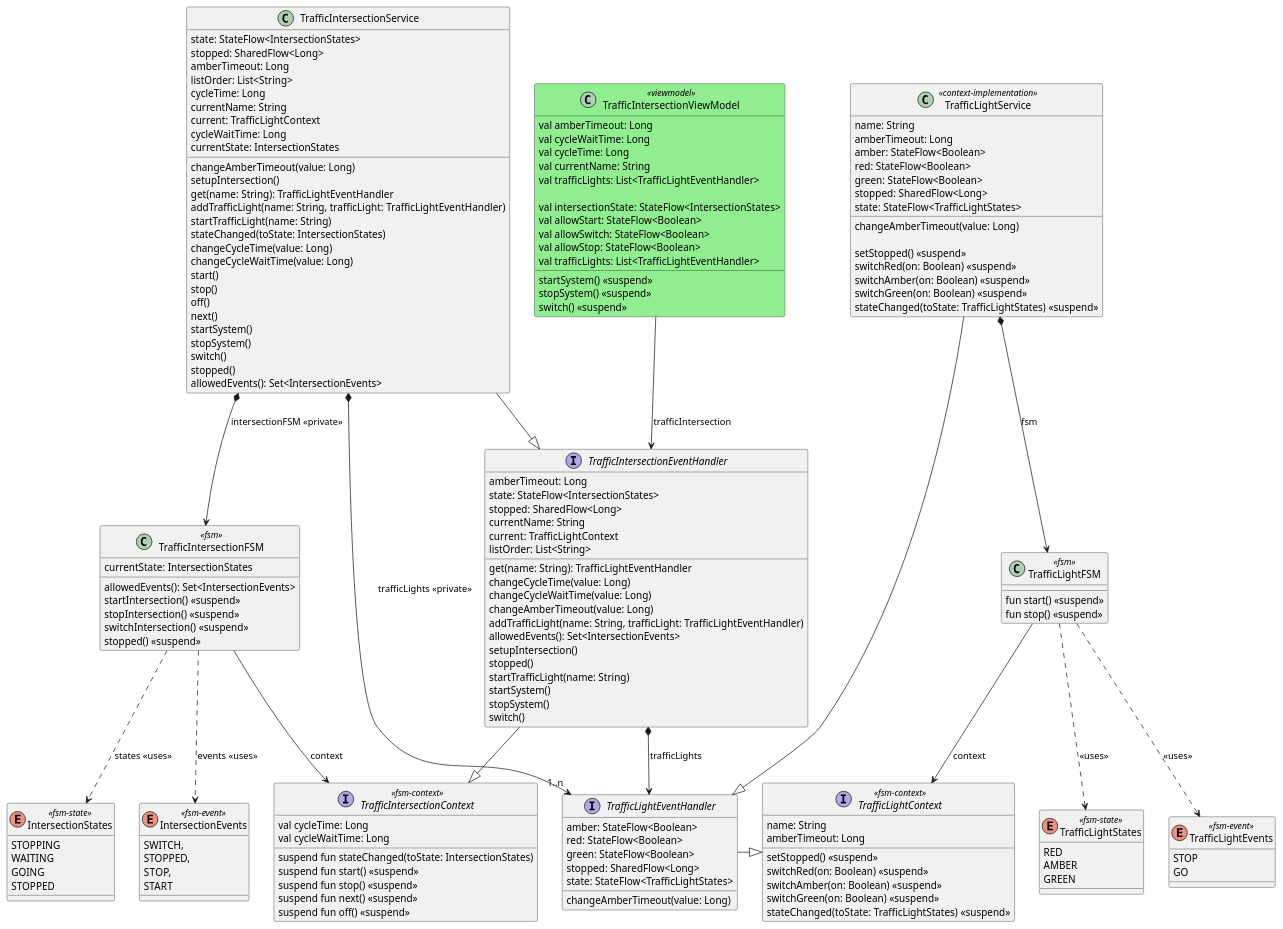
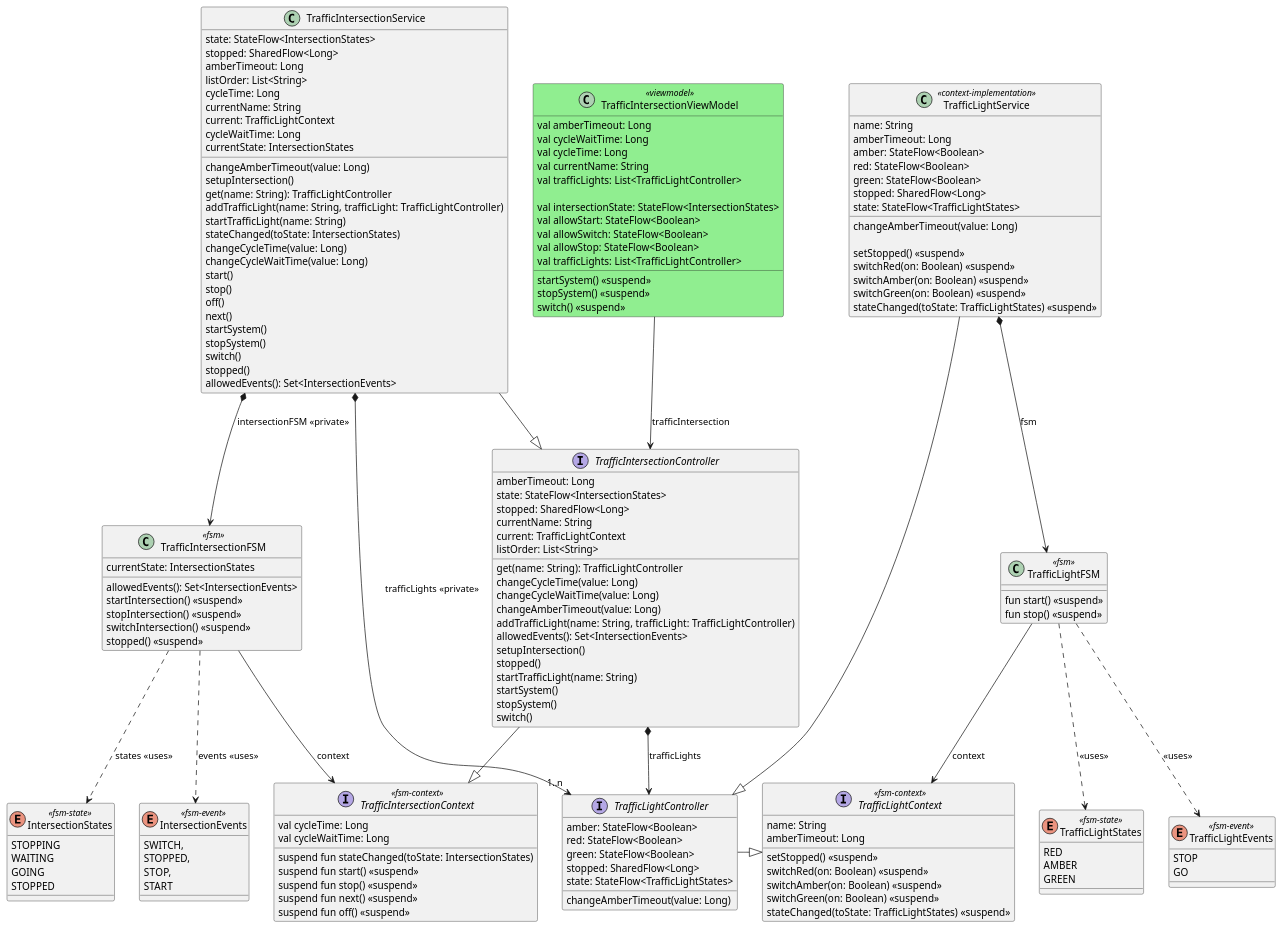
One commit to open-jumpco/kfsm-mpp-compose-traffic changed the diagram in models/traffic-intersection-complete.puml. Above: the diagram before and after it, drawn with PlantUML. The commit also changed 11 other files, not shown here.

```diff
--- a/models/traffic-intersection-complete.puml
+++ b/models/traffic-intersection-complete.puml
@@ -1,177 +1,177 @@
 @startuml
 
 enum TrafficLightStates <<fsm-state>> {
     RED
     AMBER
     GREEN
 }
 
 enum TrafficLightEvents <<fsm-event>> {
     STOP
     GO
 }
 interface TrafficLightContext <<fsm-context>> {
     name: String
     amberTimeout: Long
     setStopped() <<suspend>>
     switchRed(on: Boolean) <<suspend>>
     switchAmber(on: Boolean) <<suspend>>
     switchGreen(on: Boolean) <<suspend>>
     stateChanged(toState: TrafficLightStates) <<suspend>>
 }
 
-interface TrafficLightEventHandler {
+interface TrafficLightController {
     amber: StateFlow<Boolean>
     red: StateFlow<Boolean>
     green: StateFlow<Boolean>
     stopped: SharedFlow<Long>
     state: StateFlow<TrafficLightStates>
     changeAmberTimeout(value: Long)
 }
-TrafficLightEventHandler -|> TrafficLightContext
+TrafficLightController -|> TrafficLightContext
 
 class TrafficLightFSM <<fsm>> {
     fun start() <<suspend>>
     fun stop() <<suspend>>
 }
 
 TrafficLightFSM ..> TrafficLightStates: <<uses>>
 TrafficLightFSM ..> TrafficLightEvents: <<uses>>
 TrafficLightFSM --> TrafficLightContext: context
 
 class TrafficLightService <<context-implementation>> {
     name: String
     amberTimeout: Long
     amber: StateFlow<Boolean>
     red: StateFlow<Boolean>
     green: StateFlow<Boolean>
     stopped: SharedFlow<Long>
     state: StateFlow<TrafficLightStates>
     changeAmberTimeout(value: Long)
 
     setStopped() <<suspend>>
     switchRed(on: Boolean) <<suspend>>
     switchAmber(on: Boolean) <<suspend>>
     switchGreen(on: Boolean) <<suspend>>
     stateChanged(toState: TrafficLightStates) <<suspend>>
 }
 
-TrafficLightService --|> TrafficLightEventHandler
+TrafficLightService --|> TrafficLightController
 TrafficLightService *--> TrafficLightFSM: fsm
 
 
 enum IntersectionStates <<fsm-state>> {
     STOPPING
     WAITING
     GOING
     STOPPED
 }
 
 enum IntersectionEvents <<fsm-event>> {
     SWITCH,
     STOPPED,
     STOP,
     START
 }
 
 interface TrafficIntersectionContext <<fsm-context>> {
     val cycleTime: Long
     val cycleWaitTime: Long
     suspend fun stateChanged(toState: IntersectionStates)
     suspend fun start() <<suspend>>
     suspend fun stop() <<suspend>>
     suspend fun next() <<suspend>>
     suspend fun off() <<suspend>>
 }
 
 class TrafficIntersectionFSM <<fsm>> {
     currentState: IntersectionStates
     allowedEvents(): Set<IntersectionEvents>
     startIntersection() <<suspend>>
     stopIntersection() <<suspend>>
     switchIntersection() <<suspend>>
     stopped() <<suspend>>
 }
 
 TrafficIntersectionFSM --> TrafficIntersectionContext: context
 TrafficIntersectionFSM ..> IntersectionEvents: events <<uses>>
 TrafficIntersectionFSM ..> IntersectionStates: states <<uses>>
 
-interface TrafficIntersectionEventHandler {
+interface TrafficIntersectionController {
     amberTimeout: Long
     state: StateFlow<IntersectionStates>
     stopped: SharedFlow<Long>
     currentName: String
     current: TrafficLightContext
     listOrder: List<String>
-    get(name: String): TrafficLightEventHandler
+    get(name: String): TrafficLightController
     changeCycleTime(value: Long)
     changeCycleWaitTime(value: Long)
     changeAmberTimeout(value: Long)
-    addTrafficLight(name: String, trafficLight: TrafficLightEventHandler)
+    addTrafficLight(name: String, trafficLight: TrafficLightController)
     allowedEvents(): Set<IntersectionEvents>
     setupIntersection()
     stopped()
     startTrafficLight(name: String)
     startSystem()
     stopSystem()
     switch()
 }
 
-TrafficIntersectionEventHandler -|> TrafficIntersectionContext
-TrafficIntersectionEventHandler *--> TrafficLightEventHandler: trafficLights
+TrafficIntersectionController -|> TrafficIntersectionContext
+TrafficIntersectionController *--> TrafficLightController: trafficLights
 
 class TrafficIntersectionService {
     state: StateFlow<IntersectionStates>
     stopped: SharedFlow<Long>
     amberTimeout: Long
     changeAmberTimeout(value: Long)
     setupIntersection()
     listOrder: List<String>
     cycleTime: Long
         currentName: String
         current: TrafficLightContext
         cycleWaitTime: Long
         currentState: IntersectionStates
-    get(name: String): TrafficLightEventHandler
-    addTrafficLight(name: String, trafficLight: TrafficLightEventHandler)
+    get(name: String): TrafficLightController
+    addTrafficLight(name: String, trafficLight: TrafficLightController)
     startTrafficLight(name: String)
     stateChanged(toState: IntersectionStates)
     changeCycleTime(value: Long)
     changeCycleWaitTime(value: Long)
     start()
     stop()
     off()
     next()
     startSystem()
     stopSystem()
     switch()
     stopped()
     allowedEvents(): Set<IntersectionEvents>
 }
 
-TrafficIntersectionService --|> TrafficIntersectionEventHandler
+TrafficIntersectionService --|> TrafficIntersectionController
 TrafficIntersectionService *--> TrafficIntersectionFSM: intersectionFSM <<private>>
-TrafficIntersectionService *--> "1..n" TrafficLightEventHandler: trafficLights <<private>>
+TrafficIntersectionService *--> "1..n" TrafficLightController: trafficLights <<private>>
 
 class TrafficIntersectionViewModel <<viewmodel>> #lightgreen {
     val amberTimeout: Long
     val cycleWaitTime: Long
     val cycleTime: Long
     val currentName: String
-    val trafficLights: List<TrafficLightEventHandler>
+    val trafficLights: List<TrafficLightController>
 
     val intersectionState: StateFlow<IntersectionStates>
     val allowStart: StateFlow<Boolean>
     val allowSwitch: StateFlow<Boolean>
     val allowStop: StateFlow<Boolean>
-    val trafficLights: List<TrafficLightEventHandler>
+    val trafficLights: List<TrafficLightController>
 
     startSystem() <<suspend>>
     stopSystem() <<suspend>>
     switch() <<suspend>>
 }
 
-TrafficIntersectionViewModel --> TrafficIntersectionEventHandler: trafficIntersection
+TrafficIntersectionViewModel --> TrafficIntersectionController: trafficIntersection
 
 @enduml
```
